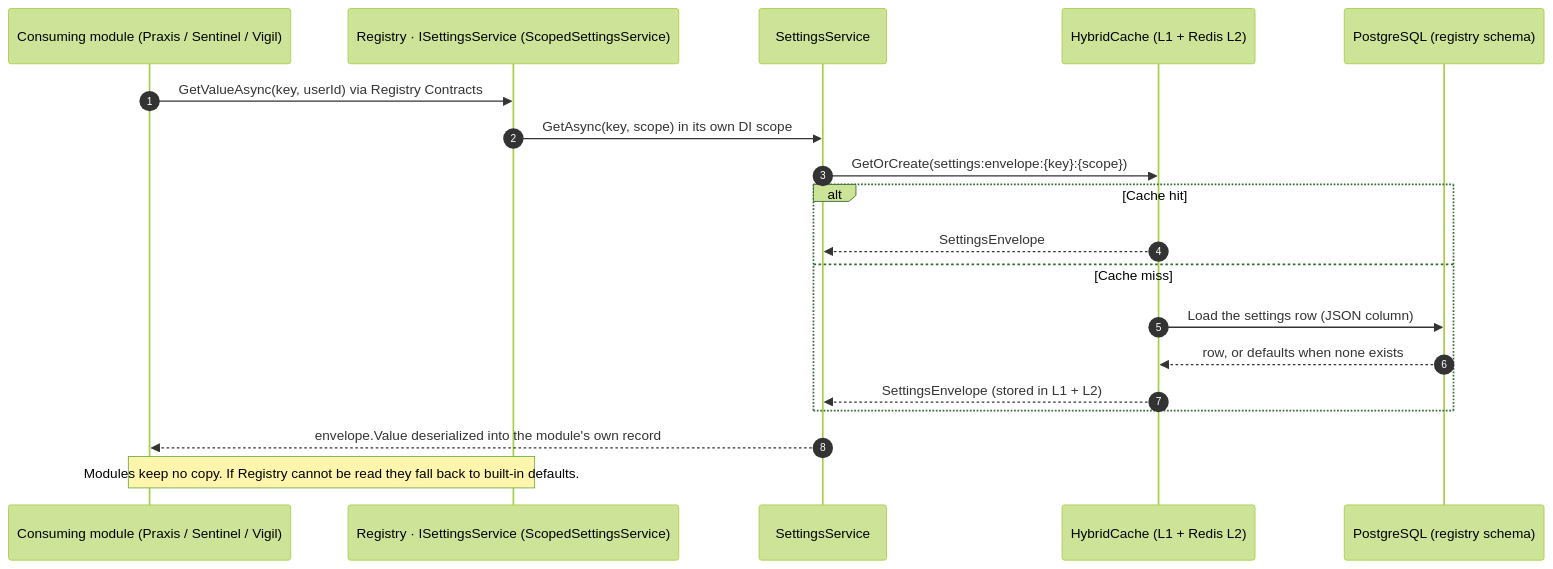
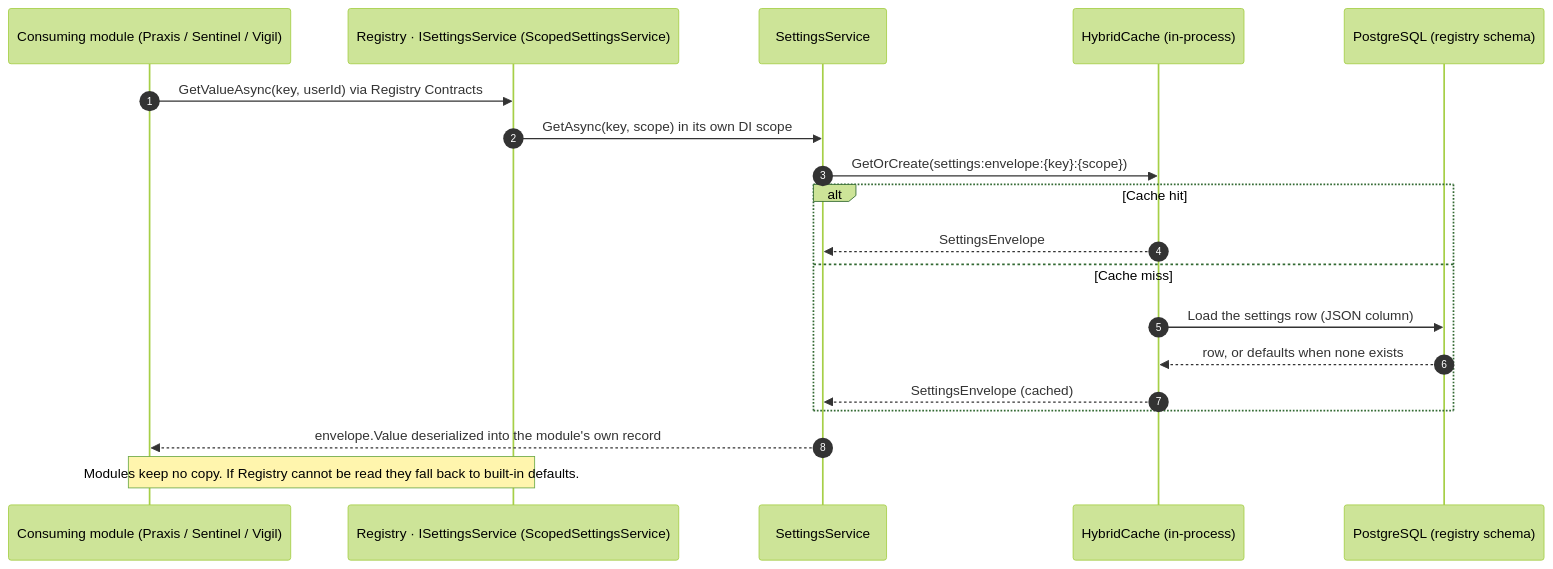
The diagram in docs/diagrams/registry-1-read-settings.md (mihailshterev/sentium), drawn with Mermaid (forest theme) before and after one commit. The commit also changed 248 other files, not shown here.

Commit message:
fix: harden security, scope sandbox history, remove Redis, and fix RAG/cache correctness across modules (#193)

````diff
--- a/docs/diagrams/registry-1-read-settings.md
+++ b/docs/diagrams/registry-1-read-settings.md
@@ -1,22 +1,22 @@
 ```mermaid
 sequenceDiagram
     autonumber
     participant M as Consuming module (Praxis / Sentinel / Vigil)
     participant SS as Registry · ISettingsService (ScopedSettingsService)
     participant SV as SettingsService
-    participant HC as HybridCache (L1 + Redis L2)
+    participant HC as HybridCache (in-process)
     participant DB as PostgreSQL (registry schema)
 
     M->>SS: GetValueAsync(key, userId) via Registry Contracts
     SS->>SV: GetAsync(key, scope) in its own DI scope
     SV->>HC: GetOrCreate(settings:envelope:{key}:{scope})
     alt Cache hit
         HC-->>SV: SettingsEnvelope
     else Cache miss
         HC->>DB: Load the settings row (JSON column)
         DB-->>HC: row, or defaults when none exists
-        HC-->>SV: SettingsEnvelope (stored in L1 + L2)
+        HC-->>SV: SettingsEnvelope (cached)
     end
     SV-->>M: envelope.Value deserialized into the module's own record
     Note over M,SS: Modules keep no copy. If Registry cannot be read they fall back to built-in defaults.
 ```
````
